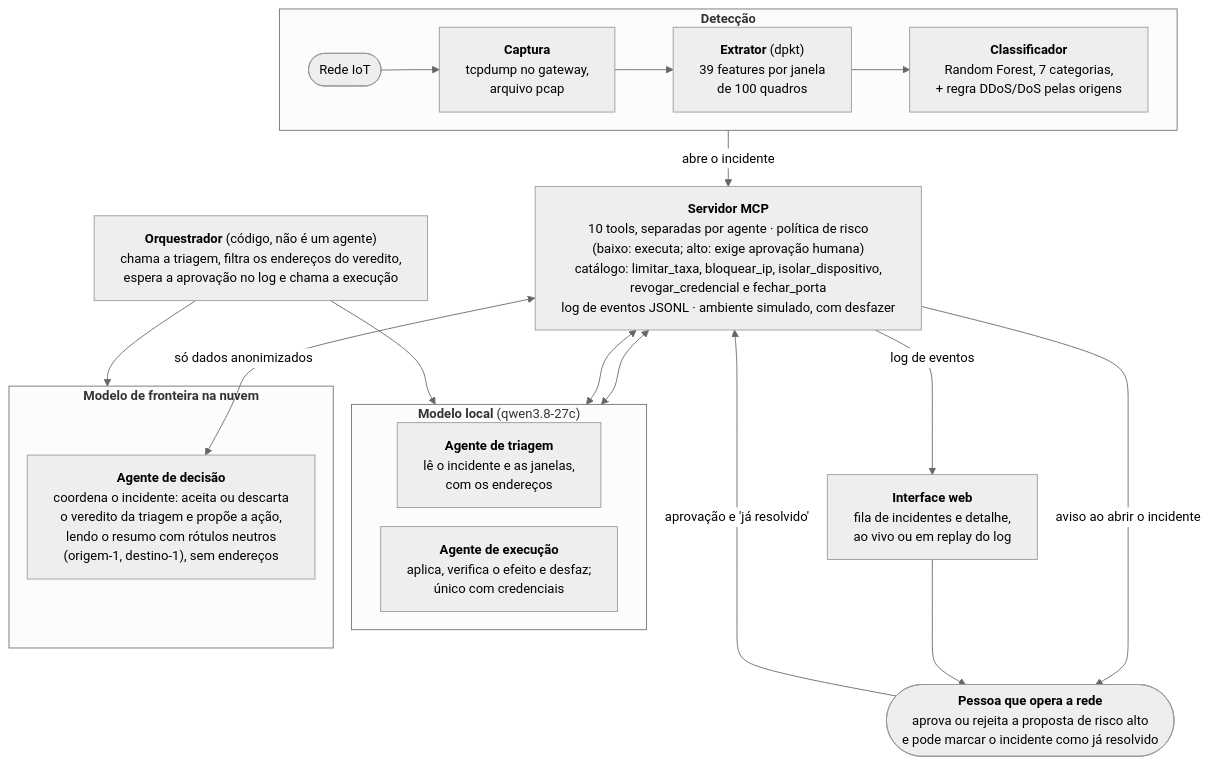
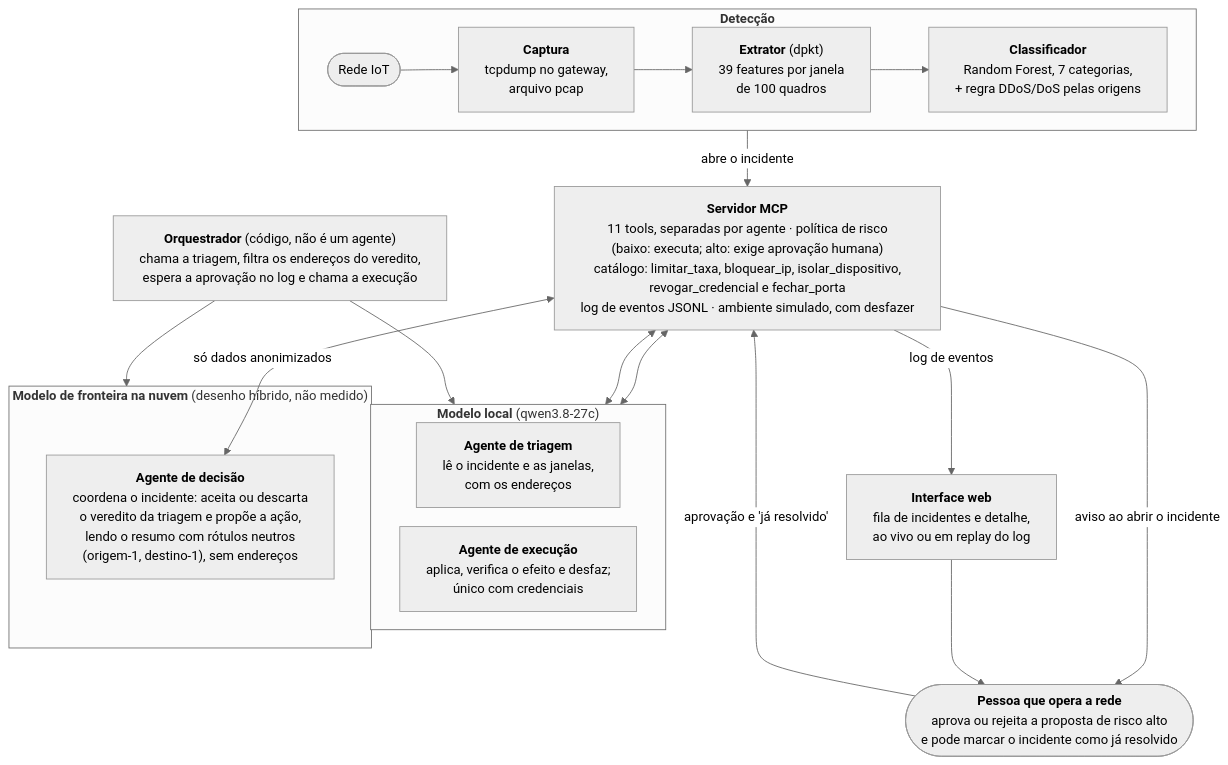
The diagram in artigo/figuras/arquitetura.mmd (stermiix/SentryIoT), drawn with Mermaid before and after one commit. The commit also changed 5 other files, not shown here.

```diff
--- a/artigo/figuras/arquitetura.mmd
+++ b/artigo/figuras/arquitetura.mmd
@@ -1,38 +1,38 @@
 %% Arquitetura do SentryIoT. Componentes descritos no ROADMAP.md e em codigo/mcp/README.md.
 %% Regerar o PNG e o PDF: python -m artigo.figuras.diagramas arquitetura
 %%{init: {"theme": "neutral", "themeVariables": {"fontFamily": "Times New Roman, Times, serif", "fontSize": "15px"}, "flowchart": {"nodeSpacing": 22, "rankSpacing": 42, "wrappingWidth": 420}}}%%
 flowchart TB
     subgraph deteccao["<b>Detecção</b>"]
         direction LR
         rede(["Rede IoT"]) --> captura["<b>Captura</b><br/>tcpdump no gateway,<br/>arquivo pcap"]
         captura --> extrator["<b>Extrator</b> (dpkt)<br/>39 features por janela<br/>de 100 quadros"]
         extrator --> rf["<b>Classificador</b><br/>Random Forest, 7 categorias,<br/>+ regra DDoS/DoS pelas origens"]
     end
 
-    mcp["<b>Servidor MCP</b><br/>10 tools, separadas por agente · política de risco<br/>(baixo: executa; alto: exige aprovação humana)<br/>catálogo: limitar_taxa, bloquear_ip, isolar_dispositivo,<br/>revogar_credencial e fechar_porta<br/>log de eventos JSONL · ambiente simulado, com desfazer"]
+    mcp["<b>Servidor MCP</b><br/>11 tools, separadas por agente · política de risco<br/>(baixo: executa; alto: exige aprovação humana)<br/>catálogo: limitar_taxa, bloquear_ip, isolar_dispositivo,<br/>revogar_credencial e fechar_porta<br/>log de eventos JSONL · ambiente simulado, com desfazer"]
 
     subgraph local["<b>Modelo local</b> (qwen3.8-27c)"]
         direction LR
         triagem["<b>Agente de triagem</b><br/>lê o incidente e as janelas,<br/>com os endereços"]
         execucao["<b>Agente de execução</b><br/>aplica, verifica o efeito e desfaz;<br/>único com credenciais"]
     end
 
-    subgraph nuvem["<b>Modelo de fronteira na nuvem</b>"]
+    subgraph nuvem["<b>Modelo de fronteira na nuvem</b> (desenho híbrido, não medido)"]
         decisao["<b>Agente de decisão</b><br/>coordena o incidente: aceita ou descarta<br/>o veredito da triagem e propõe a ação,<br/>lendo o resumo com rótulos neutros<br/>(origem-1, destino-1), sem endereços"]
     end
 
     orquestrador["<b>Orquestrador</b> (código, não é um agente)<br/>chama a triagem, filtra os endereços do veredito,<br/>espera a aprovação no log e chama a execução"]
 
     pessoa(["<b>Pessoa que opera a rede</b><br/>aprova ou rejeita a proposta de risco alto<br/>e pode marcar o incidente como já resolvido"])
     interface["<b>Interface web</b><br/>fila de incidentes e detalhe,<br/>ao vivo ou em replay do log"]
 
     deteccao -- "abre o incidente" --> mcp
     mcp <--> triagem
     mcp <-- "só dados anonimizados" --> decisao
     mcp <--> execucao
     orquestrador --> local
     orquestrador --> nuvem
     mcp -- "aviso ao abrir o incidente" --> pessoa
     mcp -- "log de eventos" --> interface
     interface --> pessoa
     pessoa -- "aprovação e 'já resolvido'" --> mcp
```
